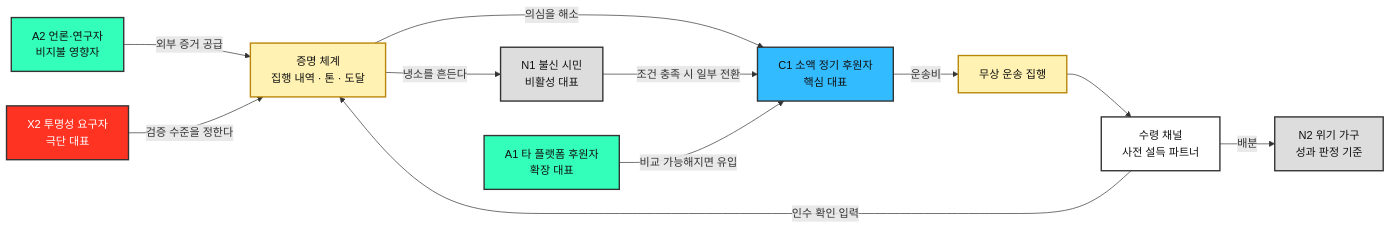
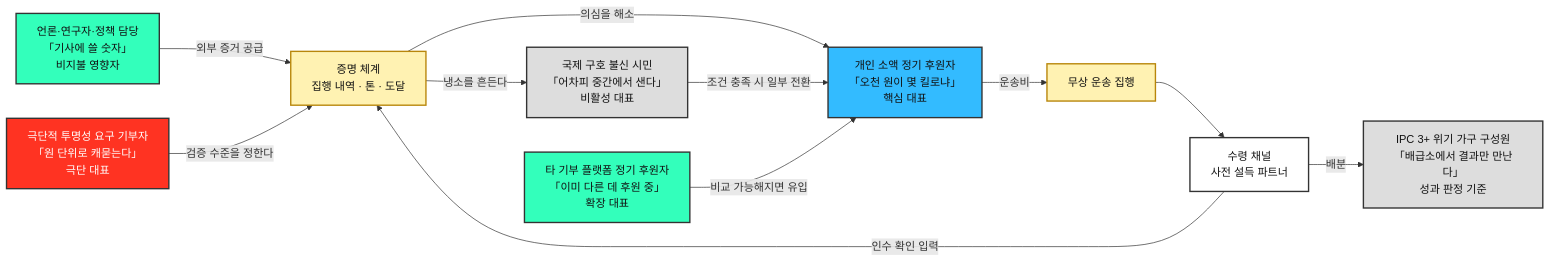
Before and after one commit to wild-mental/business-research-practice-2026-sesac: the third of 3 diagrams in 05-persona-journey/분석-03-식량-재분배-플랫폼-페르소나-스펙트럼.md, drawn with Mermaid. The commit also changed other lines of this file and 1 other file, not shown here.

````diff
--- a/05-persona-journey/분석-03-식량-재분배-플랫폼-페르소나-스펙트럼.md
+++ b/05-persona-journey/분석-03-식량-재분배-플랫폼-페르소나-스펙트럼.md
@@ -381,21 +385,21 @@
 ```mermaid
 graph LR
 %% 관계 맵. 노드 간 연결이 있으므로 direction 지정 불필요.
-    A2["A2 언론·연구자<br>비지불 영향자"]:::adj -->|"외부 증거 공급"| PROOF["증명 체계<br>집행 내역 · 톤 · 도달"]:::prod
-    X2["X2 투명성 요구자<br>극단 대표"]:::ext -->|"검증 수준을 정한다"| PROOF
-    PROOF -->|"의심을 해소"| C1["C1 소액 정기 후원자<br>핵심 대표"]:::core
-    PROOF -->|"냉소를 흔든다"| N1["N1 불신 시민<br>비활성 대표"]:::non
-    N1 -->|"조건 충족 시 일부 전환"| C1
-    A1["A1 타 플랫폼 후원자<br>확장 대표"]:::adj -->|"비교 가능해지면 유입"| C1
-    C1 -->|"운송비"| MOVE["무상 운송 집행"]:::prod
-    MOVE --> REC["수령 채널<br>사전 설득 파트너"]:::off
-    REC -->|"인수 확인 입력"| PROOF
-    REC -->|"배분"| N2["N2 위기 가구<br>성과 판정 기준"]:::non
+    PRESS["언론·연구자·정책 담당<br>「기사에 쓸 숫자」<br>비지불 영향자"]:::adj -->|"외부 증거 공급"| PROOF["증명 체계<br>집행 내역 · 톤 · 도달"]:::prod
+    AUDITOR["극단적 투명성 요구 기부자<br>「원 단위로 캐묻는다」<br>극단 대표"]:::ext -->|"검증 수준을 정한다"| PROOF
+    PROOF -->|"의심을 해소"| SMALL["개인 소액 정기 후원자<br>「오천 원이 몇 킬로냐」<br>핵심 대표"]:::core
+    PROOF -->|"냉소를 흔든다"| CYNIC["국제 구호 불신 시민<br>「어차피 중간에서 샌다」<br>비활성 대표"]:::non
+    CYNIC -->|"조건 충족 시 일부 전환"| SMALL
+    OTHERDONOR["타 기부 플랫폼 정기 후원자<br>「이미 다른 데 후원 중」<br>확장 대표"]:::adj -->|"비교 가능해지면 유입"| SMALL
+    SMALL -->|"운송비"| MOVE["무상 운송 집행"]:::prod
+    MOVE --> RECEIVER["수령 채널<br>사전 설득 파트너"]:::off
+    RECEIVER -->|"인수 확인 입력"| PROOF
+    RECEIVER -->|"배분"| HOUSEHOLD["IPC 3+ 위기 가구 구성원<br>「배급소에서 결과만 만난다」<br>성과 판정 기준"]:::non
 
     classDef core fill:#33BBFF,stroke:#333,stroke-width:2px,color:#111;
     classDef adj fill:#33FFBB,stroke:#333,stroke-width:2px,color:#111;
     classDef ext fill:#FF3322,stroke:#333,stroke-width:2px,color:#fff;
     classDef non fill:#DDDDDD,stroke:#333,stroke-width:2px,color:#111;
     classDef prod fill:#FFF2B2,stroke:#B8860B,stroke-width:2px,color:#111;
     classDef off fill:#FFFFFF,stroke:#333,stroke-width:2px,color:#111;
 ```
````
